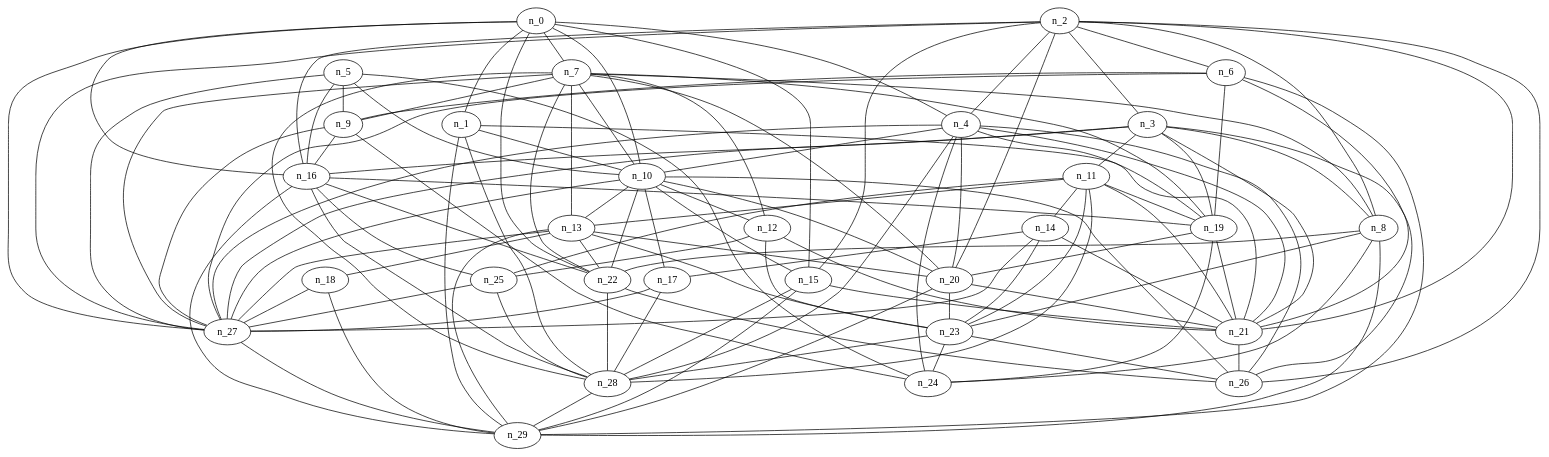
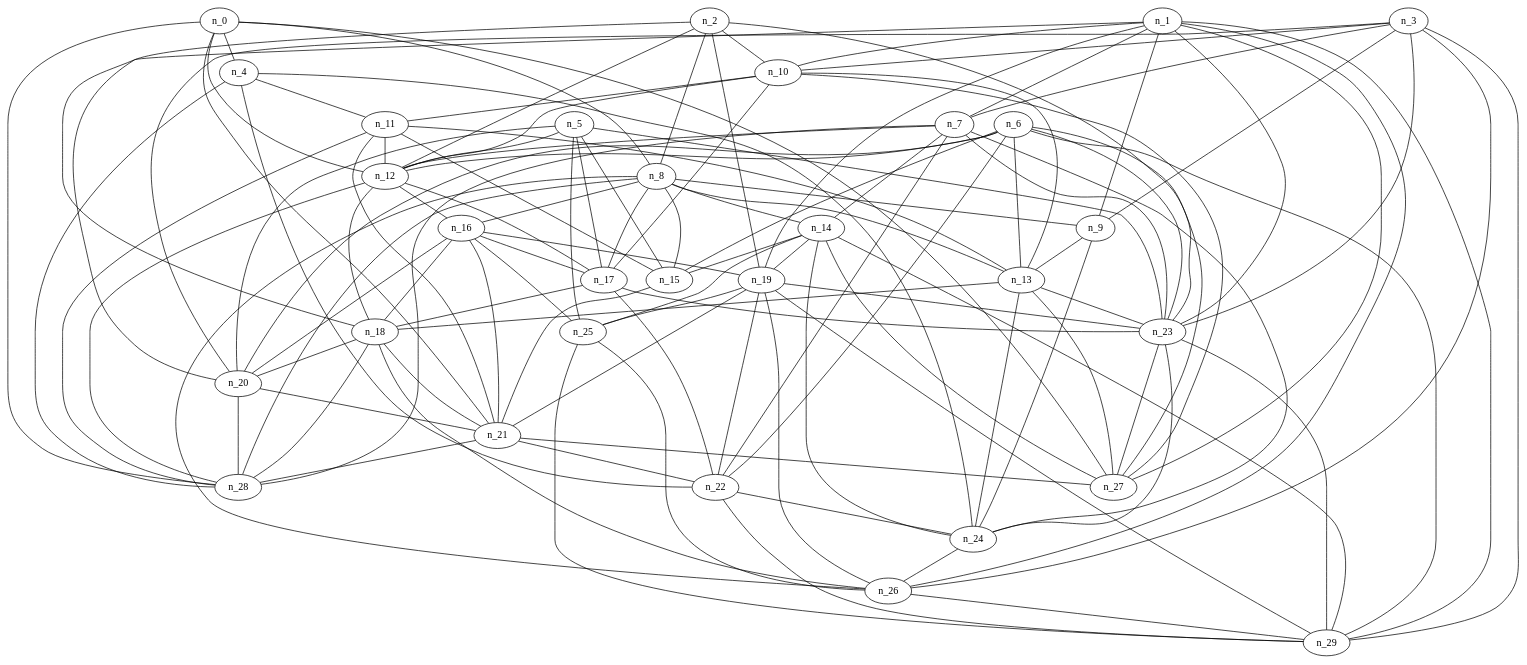
One commit to AkatzinBH/DAA changed the diagram in Proyecto2/30 Nodos/Erdos/grafoErdosRenyi_30_120.gv. Above: the diagram before and after it, drawn with Graphviz. The commit also changed 3 other files, not shown here.

```diff
--- a/Proyecto2/30 Nodos/Erdos/grafoErdosRenyi_30_120.gv
+++ b/Proyecto2/30 Nodos/Erdos/grafoErdosRenyi_30_120.gv
@@ -1,152 +1,152 @@
 graph grafoErdosRenyi_30_120  {
 n_0;
 n_1;
 n_2;
 n_3;
 n_4;
 n_5;
 n_6;
 n_7;
 n_8;
 n_9;
 n_10;
 n_11;
 n_12;
 n_13;
 n_14;
 n_15;
 n_16;
 n_17;
 n_18;
 n_19;
 n_20;
 n_21;
 n_22;
 n_23;
 n_24;
 n_25;
 n_26;
 n_27;
 n_28;
 n_29;
-n_18 -- n_27;
-n_4 -- n_20;
-n_4 -- n_21;
-n_17 -- n_28;
+n_14 -- n_27;
+n_14 -- n_25;
+n_0 -- n_28;
+n_2 -- n_10;
+n_16 -- n_19;
+n_15 -- n_21;
+n_19 -- n_21;
+n_2 -- n_8;
 n_10 -- n_12;
-n_22 -- n_28;
-n_18 -- n_29;
-n_3 -- n_19;
+n_7 -- n_22;
+n_3 -- n_26;
+n_19 -- n_25;
+n_6 -- n_22;
+n_13 -- n_24;
+n_1 -- n_23;
+n_8 -- n_14;
+n_1 -- n_9;
+n_13 -- n_18;
+n_6 -- n_23;
+n_20 -- n_28;
+n_11 -- n_13;
+n_1 -- n_7;
+n_1 -- n_27;
+n_11 -- n_15;
+n_10 -- n_11;
+n_7 -- n_14;
+n_1 -- n_20;
+n_8 -- n_13;
+n_11 -- n_21;
+n_2 -- n_19;
+n_3 -- n_23;
+n_12 -- n_16;
+n_8 -- n_28;
+n_0 -- n_4;
+n_18 -- n_28;
+n_3 -- n_9;
+n_17 -- n_23;
+n_8 -- n_15;
+n_2 -- n_12;
+n_5 -- n_17;
+n_12 -- n_17;
+n_5 -- n_15;
+n_7 -- n_24;
+n_4 -- n_24;
+n_14 -- n_15;
+n_7 -- n_12;
+n_3 -- n_7;
+n_13 -- n_27;
+n_10 -- n_17;
+n_16 -- n_17;
+n_6 -- n_12;
+n_16 -- n_21;
+n_6 -- n_20;
+n_1 -- n_10;
+n_16 -- n_18;
+n_17 -- n_18;
+n_12 -- n_28;
 n_11 -- n_28;
-n_10 -- n_15;
-n_3 -- n_27;
-n_25 -- n_27;
-n_4 -- n_24;
-n_0 -- n_1;
-n_7 -- n_13;
+n_19 -- n_29;
+n_23 -- n_29;
+n_18 -- n_20;
+n_9 -- n_13;
+n_24 -- n_26;
+n_10 -- n_13;
+n_4 -- n_28;
+n_25 -- n_29;
+n_14 -- n_29;
+n_18 -- n_26;
+n_22 -- n_24;
+n_21 -- n_22;
+n_3 -- n_20;
+n_5 -- n_23;
+n_10 -- n_27;
+n_0 -- n_12;
+n_11 -- n_12;
+n_7 -- n_28;
+n_23 -- n_24;
+n_7 -- n_23;
+n_5 -- n_12;
+n_8 -- n_26;
+n_6 -- n_13;
+n_19 -- n_26;
+n_14 -- n_24;
+n_12 -- n_18;
+n_5 -- n_25;
+n_2 -- n_23;
+n_0 -- n_21;
+n_6 -- n_29;
+n_6 -- n_27;
+n_1 -- n_26;
+n_4 -- n_22;
+n_16 -- n_25;
+n_8 -- n_17;
+n_3 -- n_29;
+n_19 -- n_23;
+n_19 -- n_22;
+n_2 -- n_18;
+n_1 -- n_29;
+n_26 -- n_29;
+n_0 -- n_27;
+n_16 -- n_20;
+n_14 -- n_19;
+n_1 -- n_19;
+n_18 -- n_21;
+n_8 -- n_16;
+n_6 -- n_15;
+n_8 -- n_9;
+n_5 -- n_20;
+n_4 -- n_11;
+n_20 -- n_21;
+n_22 -- n_29;
+n_21 -- n_28;
+n_21 -- n_27;
+n_0 -- n_8;
+n_3 -- n_10;
+n_25 -- n_26;
+n_23 -- n_27;
 n_9 -- n_24;
-n_23 -- n_28;
-n_12 -- n_23;
-n_0 -- n_22;
-n_5 -- n_9;
-n_13 -- n_27;
-n_14 -- n_17;
-n_0 -- n_16;
-n_6 -- n_29;
-n_16 -- n_19;
-n_6 -- n_9;
-n_7 -- n_10;
-n_4 -- n_28;
-n_13 -- n_18;
-n_8 -- n_22;
-n_4 -- n_27;
-n_7 -- n_20;
-n_4 -- n_26;
-n_2 -- n_8;
-n_14 -- n_21;
-n_3 -- n_11;
-n_20 -- n_21;
-n_17 -- n_27;
-n_2 -- n_3;
-n_15 -- n_29;
-n_0 -- n_15;
-n_2 -- n_6;
-n_10 -- n_27;
-n_11 -- n_25;
-n_7 -- n_9;
-n_16 -- n_25;
-n_4 -- n_19;
-n_14 -- n_23;
-n_19 -- n_24;
-n_6 -- n_21;
-n_0 -- n_27;
-n_10 -- n_26;
-n_19 -- n_21;
-n_7 -- n_19;
-n_19 -- n_20;
-n_2 -- n_21;
-n_2 -- n_26;
-n_12 -- n_25;
-n_3 -- n_8;
-n_2 -- n_27;
-n_7 -- n_8;
-n_6 -- n_19;
-n_5 -- n_10;
-n_25 -- n_28;
-n_10 -- n_20;
-n_8 -- n_24;
-n_6 -- n_27;
-n_2 -- n_4;
-n_1 -- n_21;
-n_3 -- n_26;
-n_7 -- n_22;
-n_16 -- n_29;
-n_20 -- n_23;
-n_0 -- n_10;
-n_2 -- n_16;
-n_8 -- n_23;
-n_20 -- n_29;
-n_7 -- n_28;
-n_3 -- n_21;
-n_13 -- n_20;
-n_10 -- n_13;
-n_2 -- n_15;
-n_1 -- n_28;
-n_7 -- n_27;
-n_3 -- n_16;
-n_23 -- n_24;
-n_27 -- n_29;
-n_10 -- n_22;
-n_4 -- n_10;
-n_15 -- n_28;
 n_13 -- n_23;
-n_7 -- n_12;
-n_1 -- n_10;
-n_22 -- n_26;
-n_9 -- n_16;
-n_11 -- n_19;
-n_5 -- n_16;
-n_11 -- n_21;
-n_0 -- n_7;
-n_9 -- n_27;
-n_1 -- n_29;
-n_23 -- n_26;
-n_16 -- n_28;
-n_0 -- n_4;
-n_5 -- n_24;
-n_11 -- n_23;
-n_11 -- n_14;
-n_5 -- n_27;
-n_10 -- n_17;
-n_12 -- n_21;
-n_14 -- n_27;
-n_11 -- n_13;
-n_21 -- n_26;
-n_13 -- n_22;
-n_28 -- n_29;
-n_8 -- n_29;
-n_15 -- n_21;
-n_13 -- n_29;
-n_2 -- n_20;
-n_16 -- n_22;
+n_17 -- n_22;
 }
```
